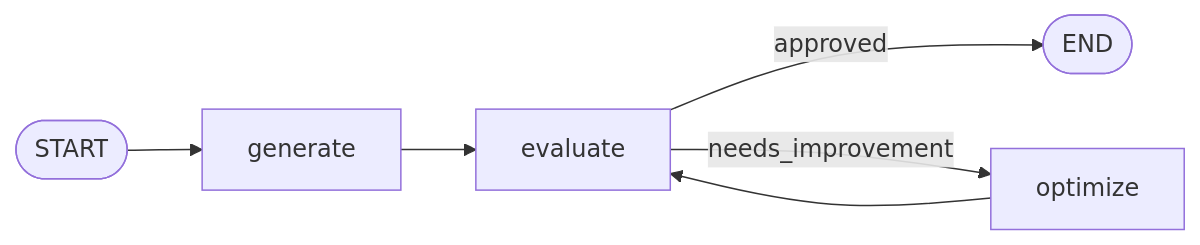
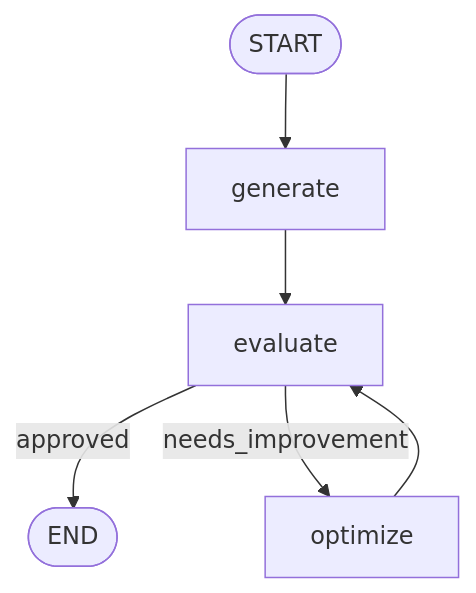
Before and after one commit to taufiq26127/langgraph-course-project: the fourth of 4 diagrams in README.md, drawn with Mermaid.

````diff
--- a/README.md
+++ b/README.md
@@ -104,8 +104,8 @@
 ```mermaid
-flowchart LR
+flowchart TB
     A([START]) --> B[generate]
     B --> C[evaluate]
     C -->|approved| D([END])
     C -->|needs_improvement| E[optimize]
     E --> C
 ```
````
